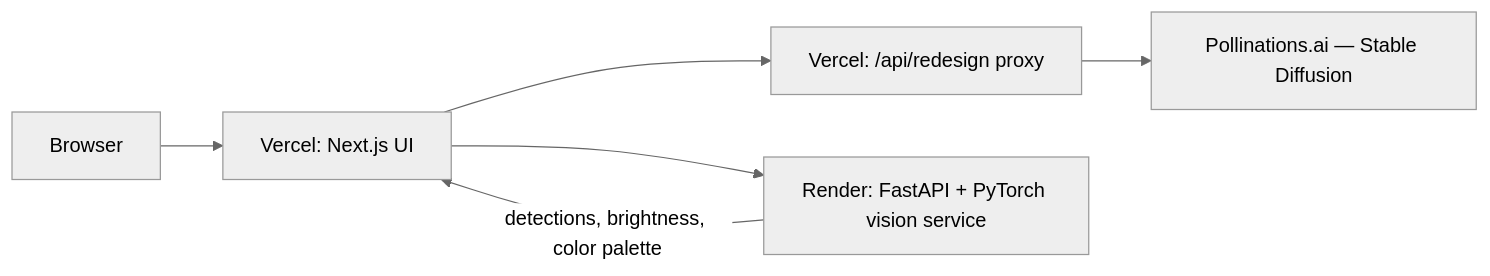
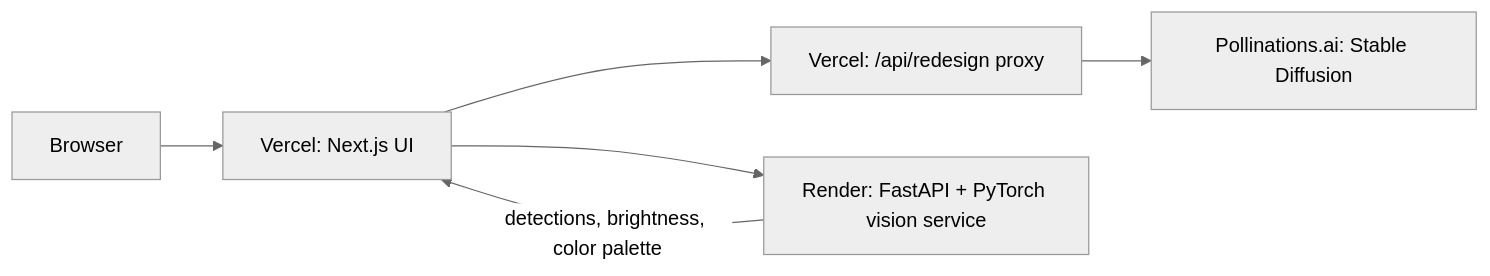
One commit to qazifabiahoq/RoomSense changed the diagram in README.md. Above: the diagram before and after it, drawn with Mermaid (neutral theme). The commit also changed other lines of this file and 15 other files, not shown here.

````diff
--- a/README.md
+++ b/README.md
@@ -65,8 +65,8 @@
 ```mermaid
 flowchart LR
     A[Browser] --> B[Vercel: Next.js UI]
     B --> C[Vercel: /api/redesign proxy]
     B --> D[Render: FastAPI + PyTorch vision service]
-    C --> E[Pollinations.ai — Stable Diffusion]
+    C --> E[Pollinations.ai: Stable Diffusion]
     D -- detections, brightness, color palette --> B
 ```
````
